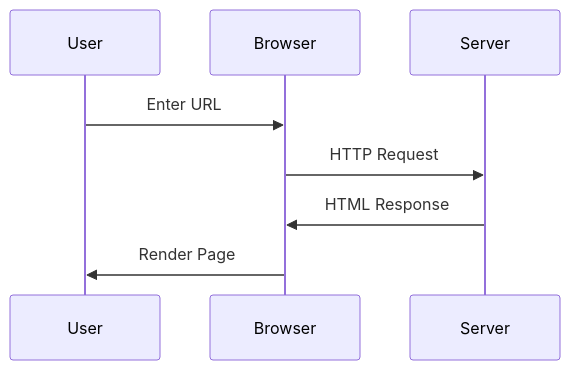
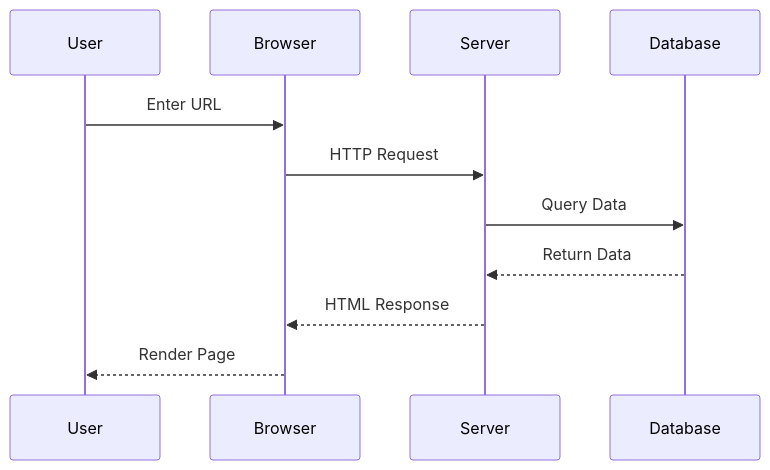
The second of 10 diagrams in public/markdown-instructions.md (actionanand/office-pulse), drawn with Mermaid before and after one commit. The commit also changed other lines of this file and 7 other files, not shown here.

````diff
--- a/public/markdown-instructions.md
+++ b/public/markdown-instructions.md
@@ -144,10 +429,13 @@
 ```mermaid
 sequenceDiagram
     participant User
     participant Browser
     participant Server
+    participant Database
     User->>Browser: Enter URL
     Browser->>Server: HTTP Request
-    Server->>Browser: HTML Response
-    Browser->>User: Render Page
+    Server->>Database: Query Data
+    Database-->>Server: Return Data
+    Server-->>Browser: HTML Response
+    Browser-->>User: Render Page
 ```
````
